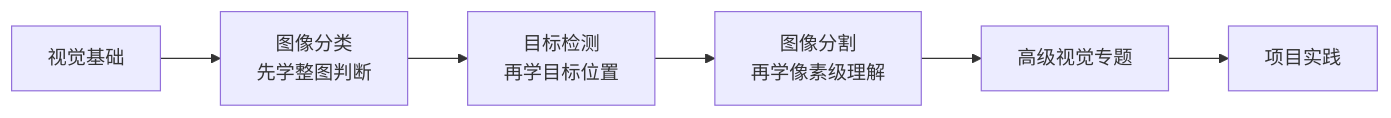
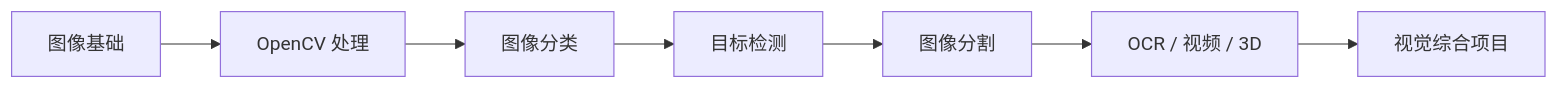
One commit to oudbiao/AI-fullstack-course changed the diagram in docs/stage6/index.md. Above: the diagram before and after it, drawn with Mermaid. The commit also changed other lines of this file and 95 other files, not shown here.

````diff
--- a/docs/stage6/index.md
+++ b/docs/stage6/index.md
@@ -61,8 +25,9 @@
 ```mermaid
 flowchart LR
-    A["视觉基础"] --> B["图像分类<br/>先学整图判断"]
-    B --> C["目标检测<br/>再学目标位置"]
-    C --> D["图像分割<br/>再学像素级理解"]
-    D --> E["高级视觉专题"]
-    E --> F["项目实践"]
+  A[图像基础] --> B[OpenCV 处理]
+  B --> C[图像分类]
+  C --> D[目标检测]
+  D --> E[图像分割]
+  E --> F[OCR / 视频 / 3D]
+  F --> G[视觉综合项目]
 ```
````
